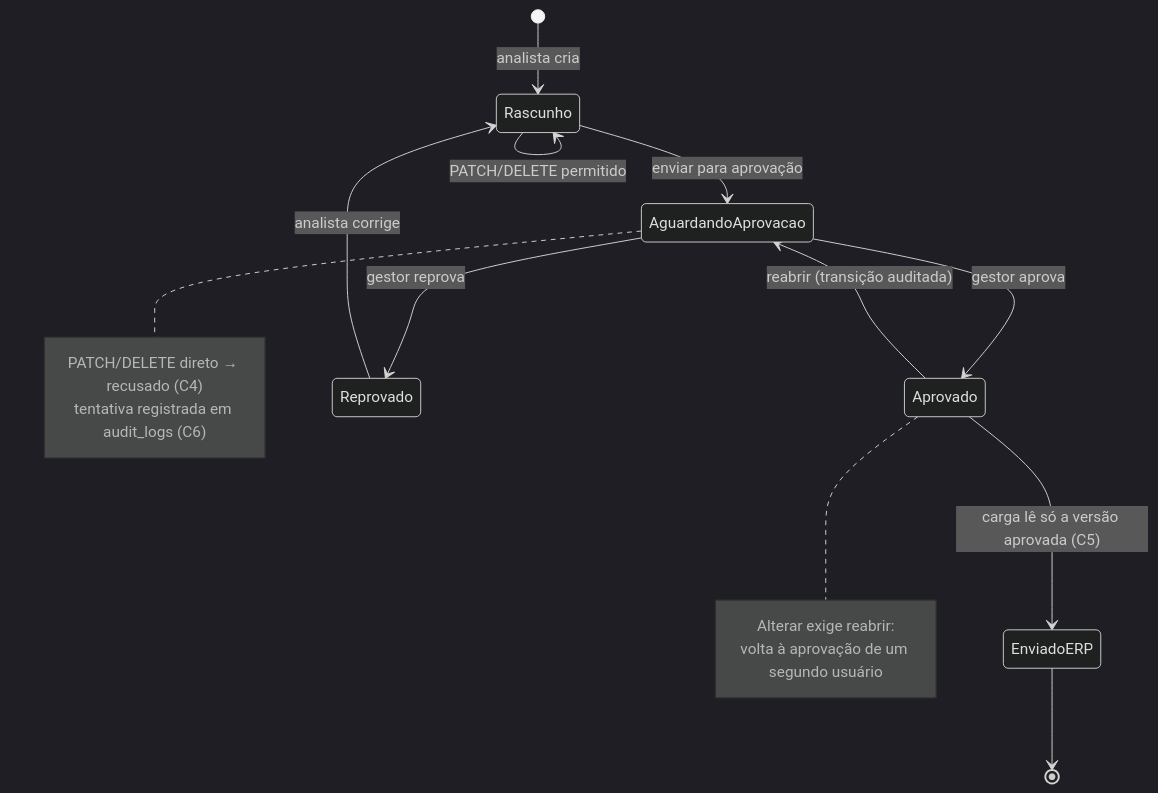
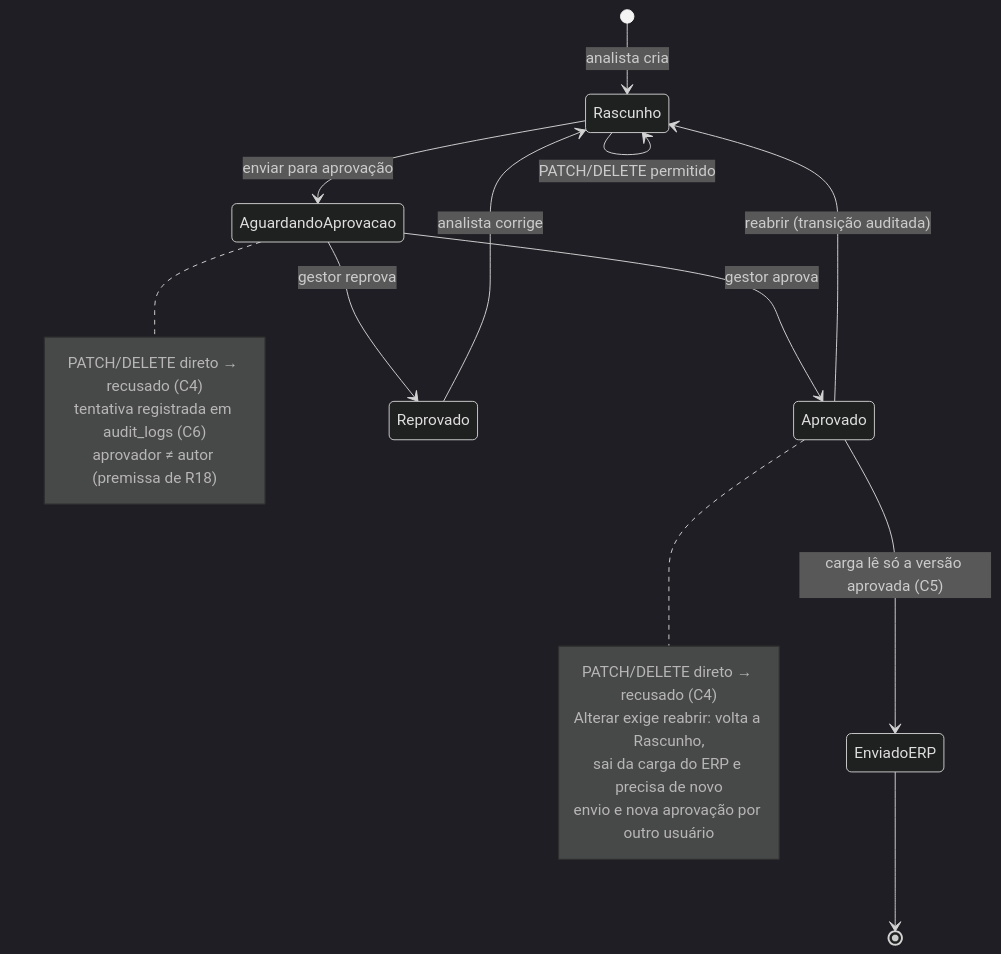
One commit to MarlonBrendonx/secure-software-engineering-project changed the fourth of 4 diagrams in docs/etapa-3/etapa-3-diagrama.md. Above: the diagram before and after it, drawn with Mermaid (dark theme). The commit also changed other lines of this file and 3 other files, not shown here.

````diff
--- a/docs/etapa-3/etapa-3-diagrama.md
+++ b/docs/etapa-3/etapa-3-diagrama.md
@@ -172,21 +172,24 @@
 ```mermaid
 stateDiagram-v2
     [*] --> Rascunho: analista cria
     Rascunho --> Rascunho: PATCH/DELETE permitido
     Rascunho --> AguardandoAprovacao: enviar para aprovação
     AguardandoAprovacao --> Aprovado: gestor aprova
     AguardandoAprovacao --> Reprovado: gestor reprova
     Reprovado --> Rascunho: analista corrige
-    Aprovado --> AguardandoAprovacao: reabrir (transição auditada)
+    Aprovado --> Rascunho: reabrir (transição auditada)
     Aprovado --> EnviadoERP: carga lê só a versão aprovada (C5)
     EnviadoERP --> [*]
 
     note right of AguardandoAprovacao
         PATCH/DELETE direto → recusado (C4)
         tentativa registrada em audit_logs (C6)
+        aprovador ≠ autor (premissa de R18)
     end note
     note right of Aprovado
-        Alterar exige reabrir:
-        volta à aprovação de um segundo usuário
+        PATCH/DELETE direto → recusado (C4)
+        Alterar exige reabrir: volta a Rascunho,
+        sai da carga do ERP e precisa de novo
+        envio e nova aprovação por outro usuário
     end note
 ```
````
